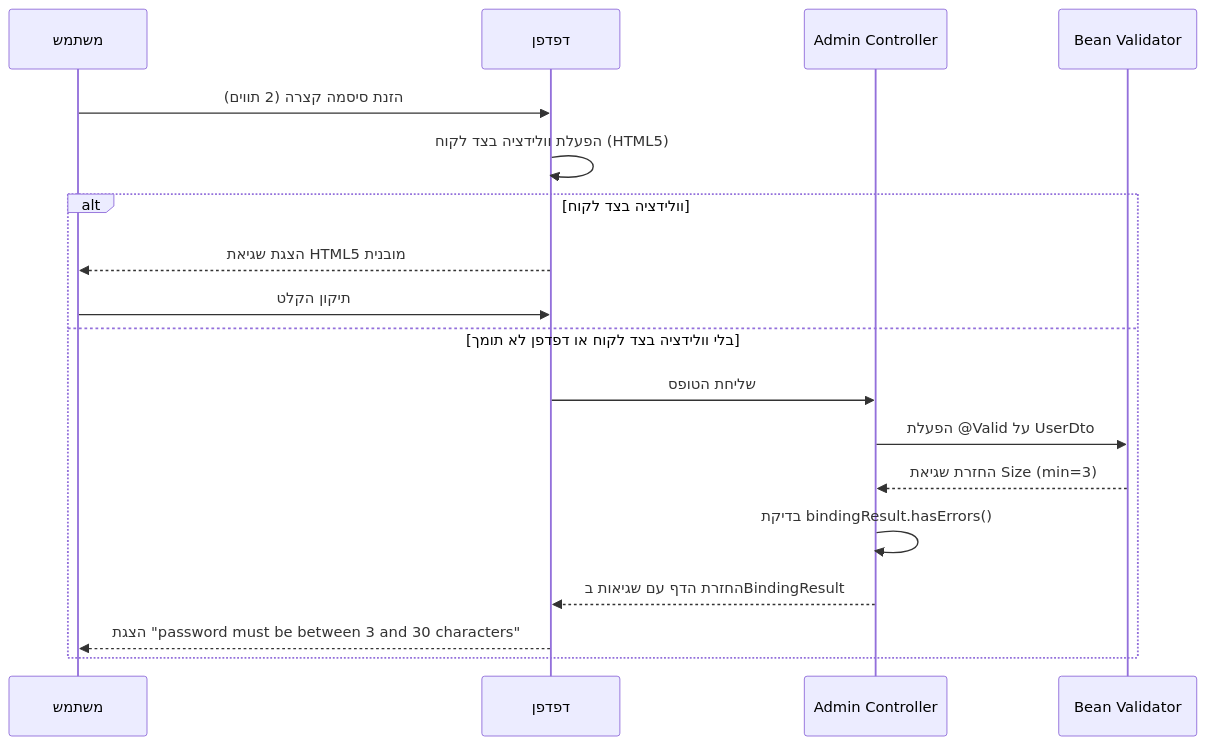
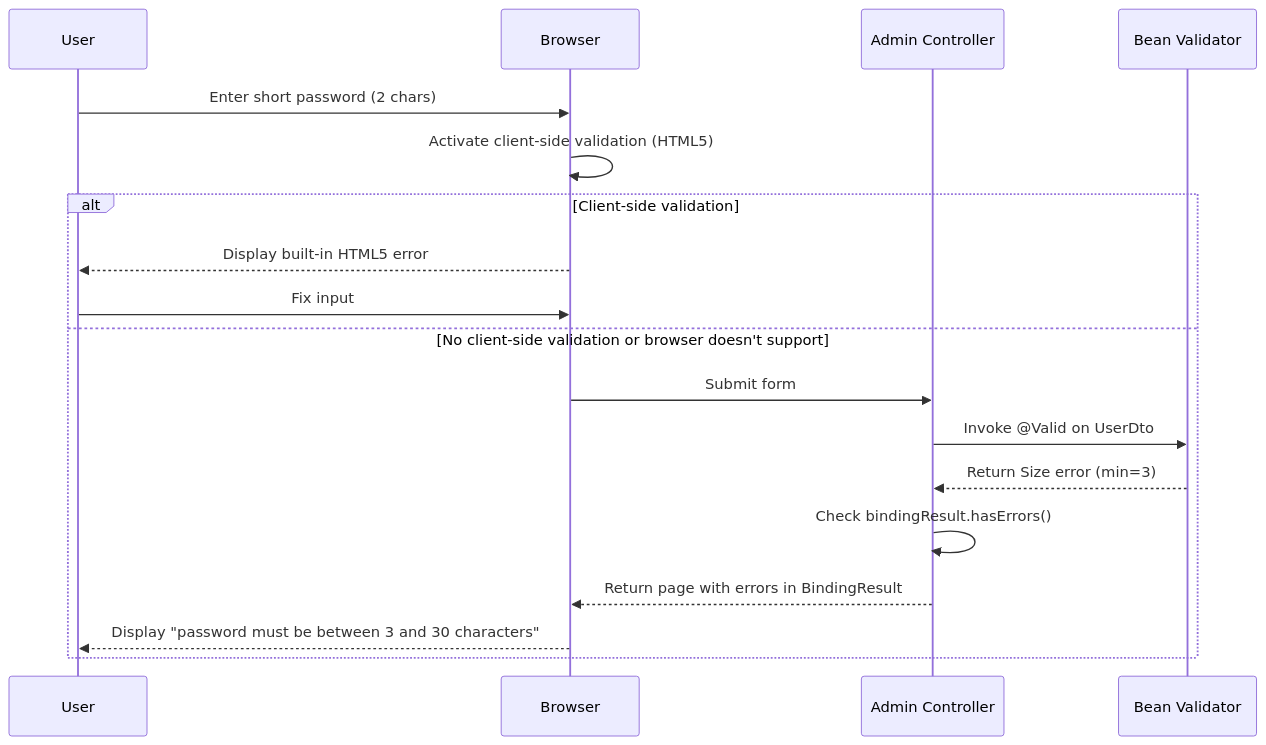
The sixth of 11 diagrams in Stage6/תיעוד פרויקט ניהול משתמשים ותפקידים - Stage6.md (EliGuriel/Course_Meeting5), drawn with Mermaid before and after one commit. The commit also changed other lines of this file and 19 other files, not shown here.

````diff
--- a/Stage6/תיעוד פרויקט ניהול משתמשים ותפקידים - Stage6.md
+++ b/Stage6/תיעוד פרויקט ניהול משתמשים ותפקידים - Stage6.md
@@ -559,21 +559,21 @@
 ```mermaid
 sequenceDiagram
-    participant User as משתמש
-    participant Browser as דפדפן
+    participant User
+    participant Browser
     participant Controller as Admin Controller
     participant Validator as Bean Validator
     
-    User->>Browser: הזנת סיסמה קצרה (2 תווים)
-    Browser->>Browser: הפעלת וולידציה בצד לקוח (HTML5)
-    alt וולידציה בצד לקוח
-        Browser-->>User: הצגת שגיאת HTML5 מובנית
-        User->>Browser: תיקון הקלט
-    else בלי וולידציה בצד לקוח או דפדפן לא תומך
-        Browser->>Controller: שליחת הטופס
-        Controller->>Validator: הפעלת @Valid על UserDto
-        Validator-->>Controller: החזרת שגיאת Size (min=3)
-        Controller->>Controller: בדיקת bindingResult.hasErrors()
-        Controller-->>Browser: החזרת הדף עם שגיאות בBindingResult
-        Browser-->>User: הצגת "password must be between 3 and 30 characters"
+    User->>Browser: Enter short password (2 chars)
+    Browser->>Browser: Activate client-side validation (HTML5)
+    alt Client-side validation
+        Browser-->>User: Display built-in HTML5 error
+        User->>Browser: Fix input
+    else No client-side validation or browser doesn't support
+        Browser->>Controller: Submit form
+        Controller->>Validator: Invoke @Valid on UserDto
+        Validator-->>Controller: Return Size error (min=3)
+        Controller->>Controller: Check bindingResult.hasErrors()
+        Controller-->>Browser: Return page with errors in BindingResult
+        Browser-->>User: Display "password must be between 3 and 30 characters"
     end
 ```
````
